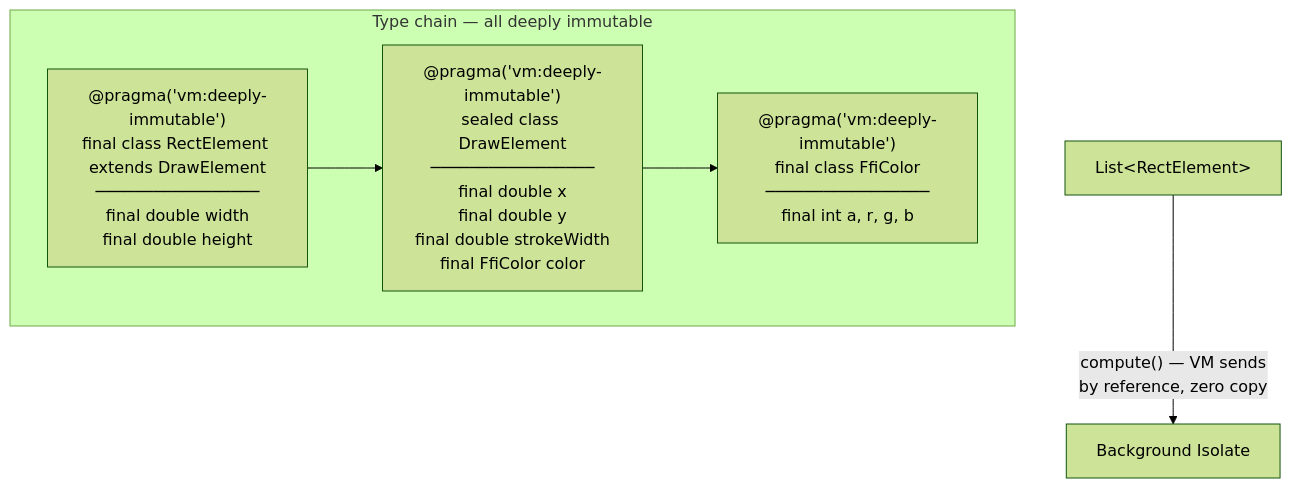
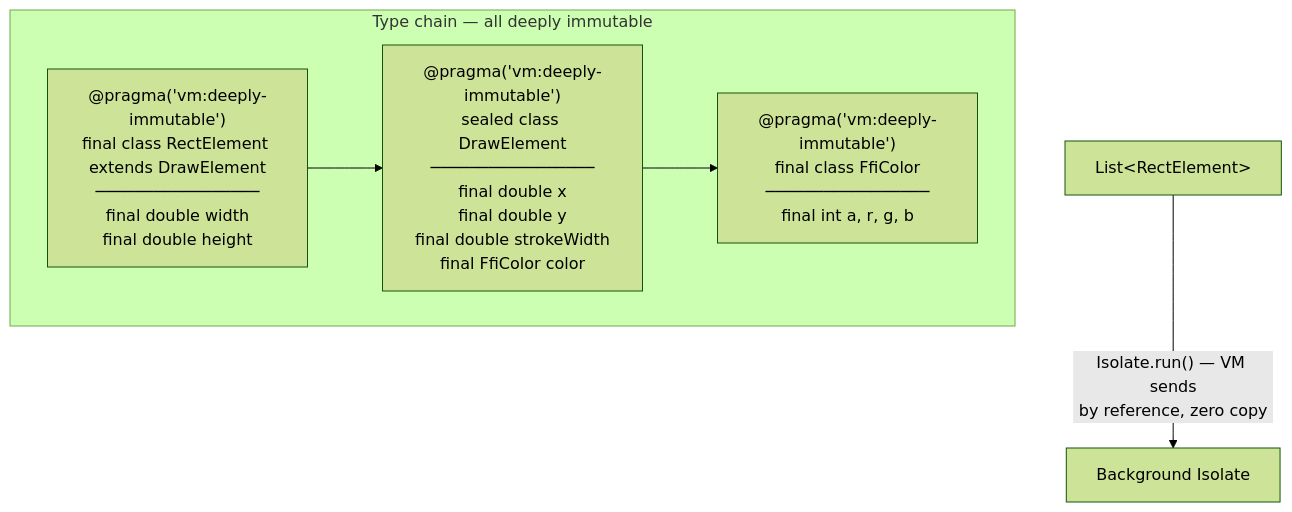
The third of 4 diagrams in README.md (tsinis/frigate), drawn with Mermaid (forest theme) before and after one commit. The commit also changed other lines of this file and 218 other files, not shown here.

````diff
--- a/README.md
+++ b/README.md
@@ -80,12 +92,12 @@
 ```mermaid
 flowchart TD
     subgraph "Type chain — all deeply immutable"
         A["@pragma('vm:deeply-immutable')\nsealed class DrawElement\n─────────────────\nfinal double x\nfinal double y\nfinal double strokeWidth\nfinal FfiColor color"]
         B["@pragma('vm:deeply-immutable')\nfinal class RectElement extends DrawElement\n─────────────────\nfinal double width\nfinal double height"]
         C["@pragma('vm:deeply-immutable')\nfinal class FfiColor\n─────────────────\nfinal int a, r, g, b"]
         B --> A
         A --> C
     end
 
-    D["List&lt;RectElement&gt;"] -->|"compute() — VM sends\nby reference, zero copy"| E["Background Isolate"]
+    D["List&lt;RectElement&gt;"] -->|"Isolate.run() — VM sends\nby reference, zero copy"| E["Background Isolate"]
 ```
````
